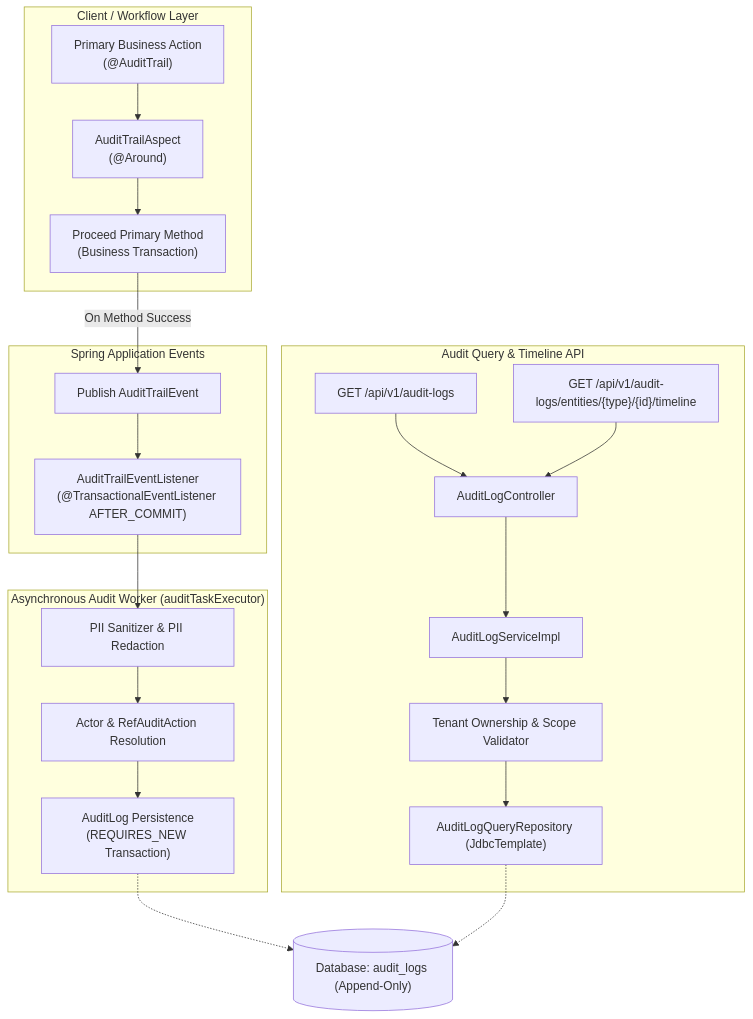
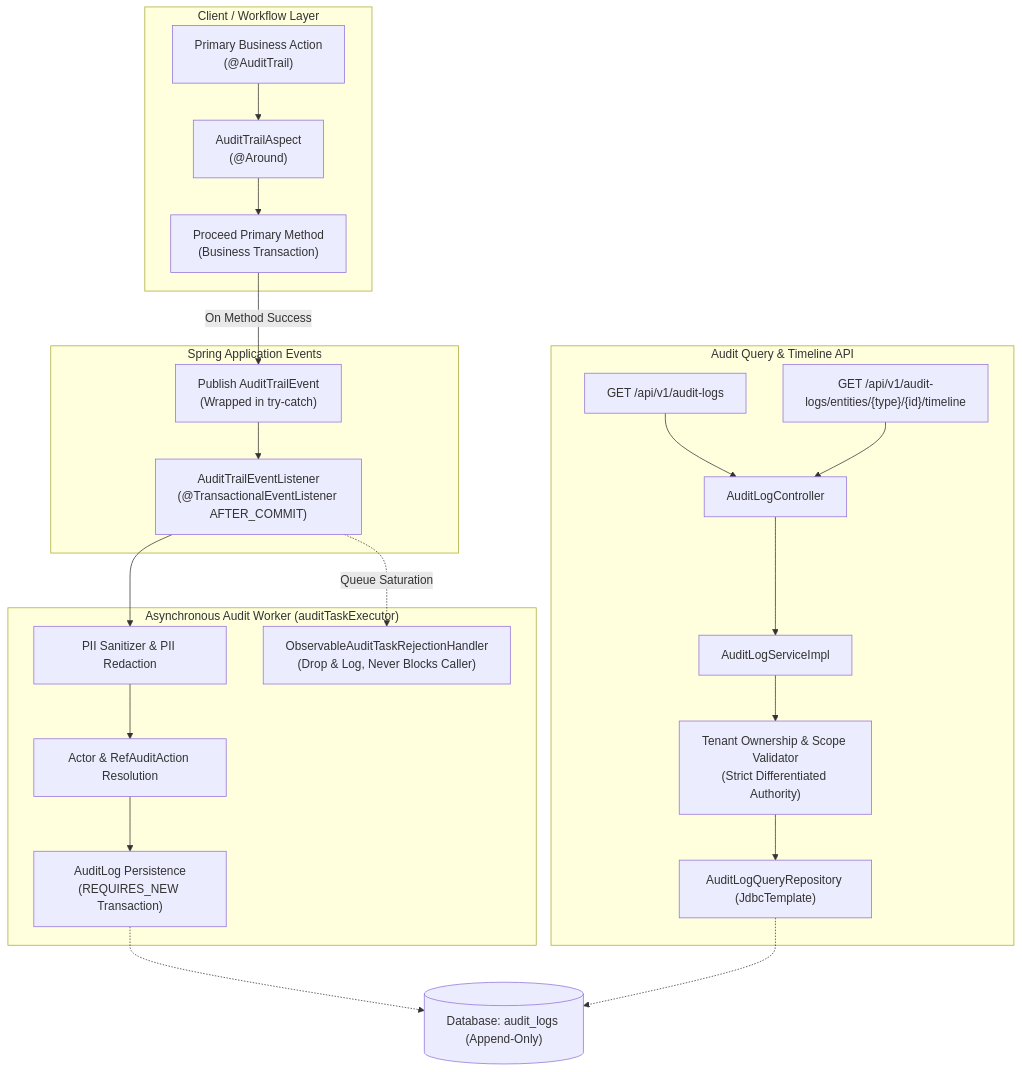
Before and after one commit to Strange01946/SIH-26135: the diagram in phase-28-2-automated-audit-trail-interception-immutability-entity-timeline-api-report.md, drawn with Mermaid. The commit also changed other lines of this file and 7 other files, not shown here.

````diff
--- a/phase-28-2-automated-audit-trail-interception-immutability-entity-timeline-api-report.md
+++ b/phase-28-2-automated-audit-trail-interception-immutability-entity-timeline-api-report.md
@@ -19,29 +25,30 @@
 ```mermaid
 flowchart TD
     subgraph Client ["Client / Workflow Layer"]
         A["Primary Business Action<br/>(@AuditTrail)"] --> B["AuditTrailAspect<br/>(@Around)"]
         B --> C["Proceed Primary Method<br/>(Business Transaction)"]
     end
 
     subgraph Events ["Spring Application Events"]
-        C -- "On Method Success" --> D["Publish AuditTrailEvent"]
+        C -- "On Method Success" --> D["Publish AuditTrailEvent<br/>(Wrapped in try-catch)"]
         D --> E["AuditTrailEventListener<br/>(@TransactionalEventListener AFTER_COMMIT)"]
     end
 
     subgraph AsyncWorker ["Asynchronous Audit Worker (auditTaskExecutor)"]
         E --> F["PII Sanitizer & PII Redaction"]
         F --> G["Actor & RefAuditAction Resolution"]
         G --> H["AuditLog Persistence<br/>(REQUIRES_NEW Transaction)"]
+        E -. "Queue Saturation" .-> R["ObservableAuditTaskRejectionHandler<br/>(Drop & Log, Never Blocks Caller)"]
     end
 
     subgraph QueryLayer ["Audit Query & Timeline API"]
         I["GET /api/v1/audit-logs"] --> J["AuditLogController"]
         K["GET /api/v1/audit-logs/entities/{type}/{id}/timeline"] --> J
         J --> L["AuditLogServiceImpl"]
-        L --> M["Tenant Ownership & Scope Validator"]
+        L --> M["Tenant Ownership & Scope Validator<br/>(Strict Differentiated Authority)"]
         M --> N["AuditLogQueryRepository (JdbcTemplate)"]
     end
 
     H -.-> O[("Database: audit_logs (Append-Only)")]
     N -.-> O
 ```
````
